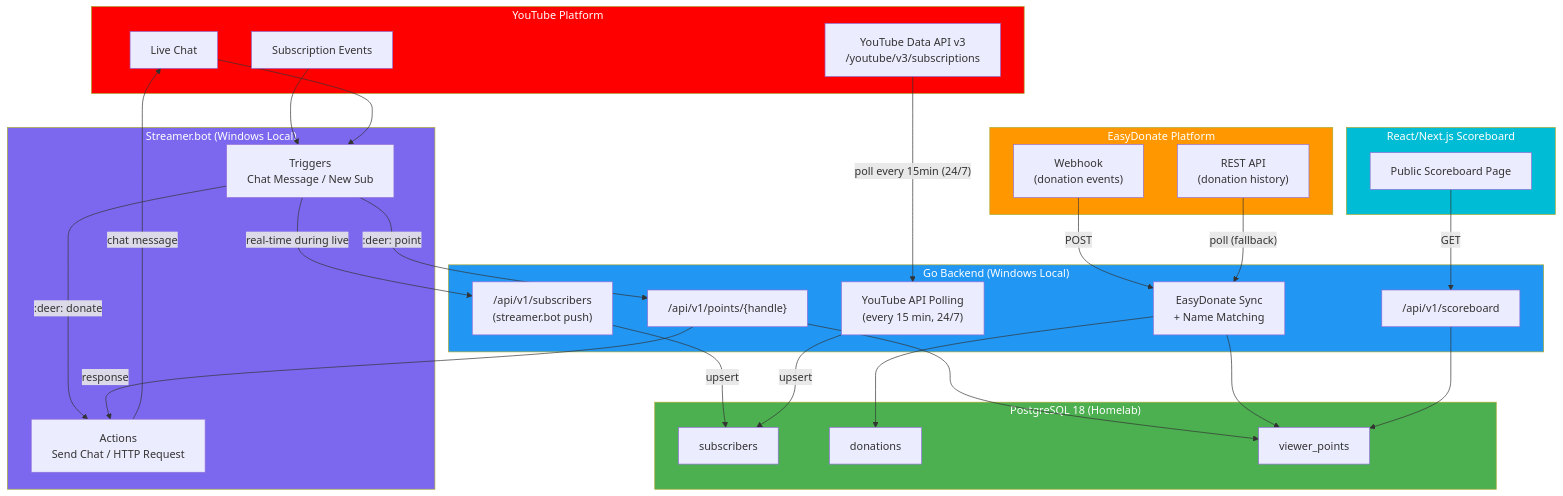
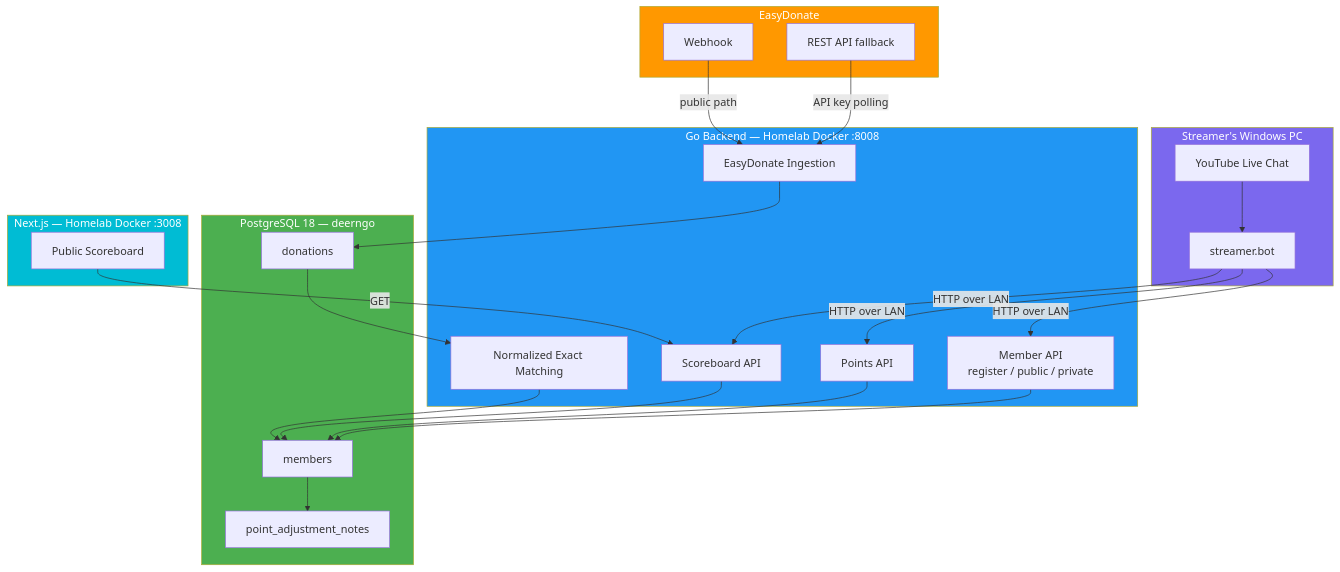
One commit to oat431/document_template changed the diagram in external_overview/Deer Ngo Bot.md. Above: the diagram before and after it, drawn with Mermaid. The commit also changed other lines of this file and 32 other files, not shown here.

````diff
--- a/external_overview/Deer Ngo Bot.md
+++ b/external_overview/Deer Ngo Bot.md
@@ -31,68 +49,51 @@
 ```mermaid
 flowchart TB
-    subgraph YouTube["YouTube Platform"]
-        YT_Chat["Live Chat"]
-        YT_Sub["Subscription Events"]
-        YT_API["YouTube Data API v3<br>/youtube/v3/subscriptions"]
+    subgraph LivePC["Streamer's Windows PC"]
+        YT["YouTube Live Chat"]
+        SB["streamer.bot"]
     end
 
-    subgraph StreamerBot["Streamer.bot (Windows Local)"]
-        SB_Trig["Triggers<br>Chat Message / New Sub"]
-        SB_Actions["Actions<br>Send Chat / HTTP Request"]
+    subgraph Backend["Go Backend — Homelab Docker :8008"]
+        MemberAPI["Member API<br>register / public / private"]
+        PointAPI["Points API"]
+        ScoreAPI["Scoreboard API"]
+        Ingest["EasyDonate Ingestion"]
+        Match["Normalized Exact Matching"]
     end
 
-    subgraph Backend["Go Backend (Windows Local)"]
-        API_Sub["/api/v1/subscribers<br>(streamer.bot push)"]
-        API_Point["/api/v1/points/{handle}"]
-        API_Score["/api/v1/scoreboard"]
-        SyncEngine["EasyDonate Sync<br>+ Name Matching"]
-        PollScheduler["YouTube API Polling<br>(every 15 min, 24/7)"]
+    subgraph DB["PostgreSQL 18 — deerngo"]
+        Members["members"]
+        Donations["donations"]
+        Notes["point_adjustment_notes"]
     end
 
-    subgraph DB["PostgreSQL 18 (Homelab)"]
-        T_Sub["subscribers"]
-        T_Don["donations"]
-        T_Pts["viewer_points"]
+    subgraph EasyDonate["EasyDonate"]
+        Webhook["Webhook"]
+        API["REST API fallback"]
     end
 
-    subgraph EasyDonate["EasyDonate Platform"]
-        ED_Webhook["Webhook<br>(donation events)"]
-        ED_API["REST API<br>(donation history)"]
+    subgraph Web["Next.js — Homelab Docker :3008"]
+        Board["Public Scoreboard"]
     end
 
-    subgraph Frontend["React/Next.js Scoreboard"]
-        Web_Score["Public Scoreboard Page"]
-    end
+    YT --> SB
+    SB -->|"HTTP over LAN"| MemberAPI
+    SB -->|"HTTP over LAN"| PointAPI
+    SB -->|"HTTP over LAN"| ScoreAPI
+    MemberAPI --> Members
+    PointAPI --> Members
+    ScoreAPI --> Members
+    Webhook -->|"public path"| Ingest
+    API -->|"API key polling"| Ingest
+    Ingest --> Donations
+    Donations --> Match
+    Match --> Members
+    Members --> Notes
+    Board -->|"GET"| ScoreAPI
 
-    %% Subscriber flow — HYBRID
-    YT_Sub --> SB_Trig
-    SB_Trig -->|"real-time during live"| API_Sub
-    YT_API -->|"poll every 15min (24/7)"| PollScheduler
-    API_Sub -->|"upsert"| T_Sub
-    PollScheduler -->|"upsert"| T_Sub
-
-    %% Chat command flow
-    YT_Chat --> SB_Trig
-    SB_Trig -->|":deer: donate"| SB_Actions
-    SB_Trig -->|":deer: point"| API_Point
-    API_Point --> T_Pts
-    API_Point -->|"response"| SB_Actions
-    SB_Actions -->|"chat message"| YT_Chat
-
-    %% Donation flow
-    ED_Webhook -->|"POST"| SyncEngine
-    ED_API -->|"poll (fallback)"| SyncEngine
-    SyncEngine --> T_Don
-    SyncEngine --> T_Pts
-
-    %% Scoreboard flow
-    Web_Score -->|"GET"| API_Score
-    API_Score --> T_Pts
-
-    style YouTube fill:#FF0000,color:#fff
-    style StreamerBot fill:#7B68EE,color:#fff
+    style LivePC fill:#7B68EE,color:#fff
     style Backend fill:#2196F3,color:#fff
     style DB fill:#4CAF50,color:#fff
     style EasyDonate fill:#FF9800,color:#fff
-    style Frontend fill:#00BCD4,color:#fff
+    style Web fill:#00BCD4,color:#fff
 ```
````
